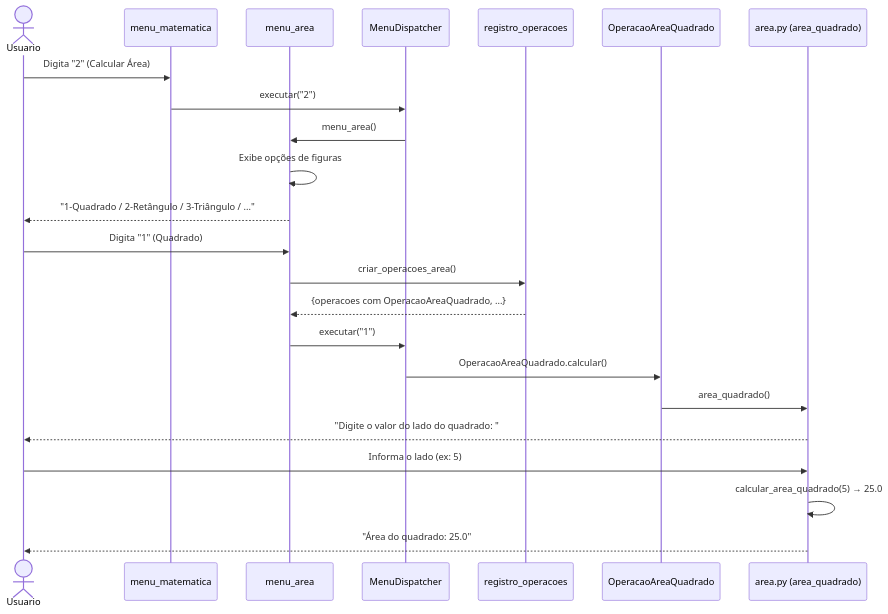
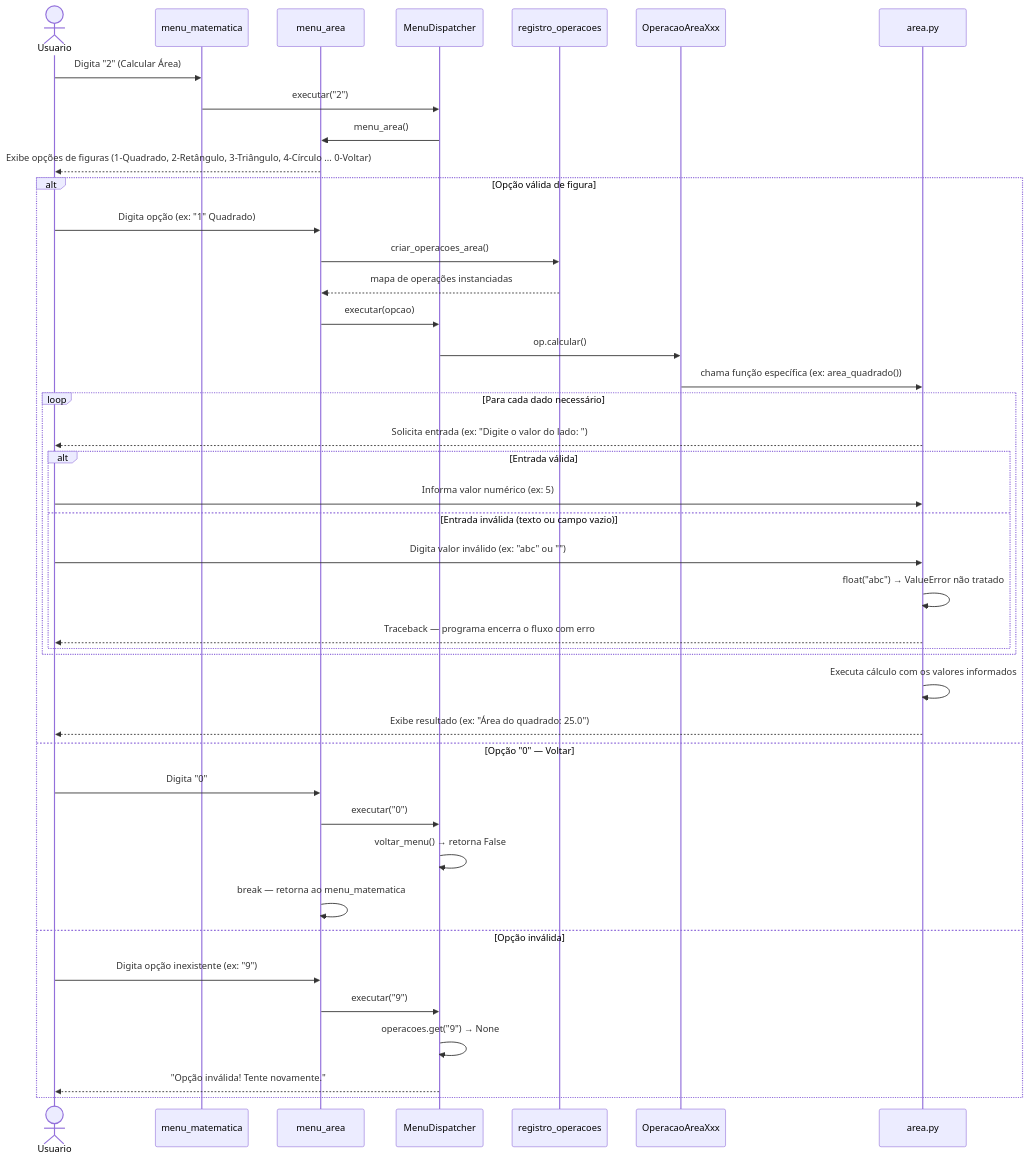
One commit to software-engineering-labs-ifrn/2026-1-Jonathan changed the diagram in Docs/Diagramas de sequência/DS_US01_CalcularArea.md. Above: the diagram before and after it, drawn with Mermaid. The commit also changed other lines of this file and 10 other files, not shown here.

Commit message:
Fix: corrige diagramas

````diff
--- a/Docs/Diagramas de sequência/DS_US01_CalcularArea.md
+++ b/Docs/Diagramas de sequência/DS_US01_CalcularArea.md
@@ -9,27 +7,50 @@
 ```mermaid
 sequenceDiagram
     actor Usuario
     participant MenuMat as menu_matematica
     participant MenuArea as menu_area
     participant Dispatcher as MenuDispatcher
     participant Registro as registro_operacoes
-    participant Op as OperacaoAreaQuadrado
-    participant Calc as area.py (area_quadrado)
+    participant Op as OperacaoAreaXxx
+    participant Calc as area.py
 
     Usuario->>MenuMat: Digita "2" (Calcular Área)
     MenuMat->>Dispatcher: executar("2")
     Dispatcher->>MenuArea: menu_area()
-    MenuArea->>MenuArea: Exibe opções de figuras
-    MenuArea-->>Usuario: "1-Quadrado / 2-Retângulo / 3-Triângulo / ..."
+    MenuArea-->>Usuario: Exibe opções de figuras (1-Quadrado, 2-Retângulo, 3-Triângulo, 4-Círculo ... 0-Voltar)
 
-    Usuario->>MenuArea: Digita "1" (Quadrado)
-    MenuArea->>Registro: criar_operacoes_area()
-    Registro-->>MenuArea: {operacoes com OperacaoAreaQuadrado, ...}
-    MenuArea->>Dispatcher: executar("1")
-    Dispatcher->>Op: OperacaoAreaQuadrado.calcular()
-    Op->>Calc: area_quadrado()
-    Calc-->>Usuario: "Digite o valor do lado do quadrado: "
-    Usuario->>Calc: Informa o lado (ex: 5)
-    Calc->>Calc: calcular_area_quadrado(5) → 25.0
-    Calc-->>Usuario: "Área do quadrado: 25.0"
+    alt Opção válida de figura
+        Usuario->>MenuArea: Digita opção (ex: "1" Quadrado)
+        MenuArea->>Registro: criar_operacoes_area()
+        Registro-->>MenuArea: mapa de operações instanciadas
+        MenuArea->>Dispatcher: executar(opcao)
+        Dispatcher->>Op: op.calcular()
+        Op->>Calc: chama função específica (ex: area_quadrado())
+
+        loop Para cada dado necessário
+            Calc-->>Usuario: Solicita entrada (ex: "Digite o valor do lado: ")
+            alt Entrada válida
+                Usuario->>Calc: Informa valor numérico (ex: 5)
+            else Entrada inválida (texto ou campo vazio)
+                Usuario->>Calc: Digita valor inválido (ex: "abc" ou "")
+                Calc->>Calc: float("abc") → ValueError não tratado
+                Calc-->>Usuario: Traceback — programa encerra o fluxo com erro
+            end
+        end
+
+        Calc->>Calc: Executa cálculo com os valores informados
+        Calc-->>Usuario: Exibe resultado (ex: "Área do quadrado: 25.0")
+
+    else Opção "0" — Voltar
+        Usuario->>MenuArea: Digita "0"
+        MenuArea->>Dispatcher: executar("0")
+        Dispatcher->>Dispatcher: voltar_menu() → retorna False
+        MenuArea->>MenuArea: break — retorna ao menu_matematica
+
+    else Opção inválida
+        Usuario->>MenuArea: Digita opção inexistente (ex: "9")
+        MenuArea->>Dispatcher: executar("9")
+        Dispatcher->>Dispatcher: operacoes.get("9") → None
+        Dispatcher-->>Usuario: "Opção inválida! Tente novamente."
+    end
 ```
````
